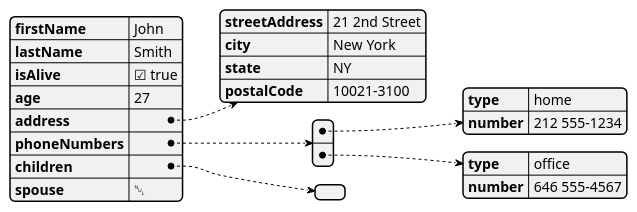
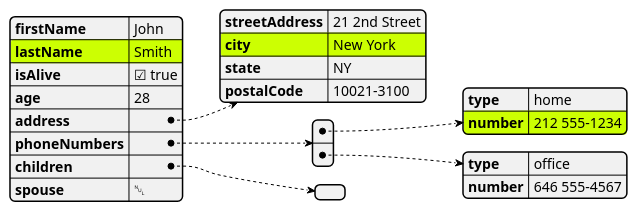
The sixth of 6 diagrams in content/en/document/introduction/plantuml.md (ez-connect/hugo-theme), drawn with PlantUML before and after one commit. The commit also changed other lines of this file and 16 other files, not shown here.

````diff
--- a/content/en/document/introduction/plantuml.md
+++ b/content/en/document/introduction/plantuml.md
@@ -233,30 +130,31 @@
 ```plantuml
 @startjson
-
+#highlight "lastName"
+#highlight "address" / "city"
+#highlight "phoneNumbers" / "0" / "number"
 {
-"firstName": "John",
-"lastName": "Smith",
-"isAlive": true,
-"age": 27,
-"address": {
-"streetAddress": "21 2nd Street",
-"city": "New York",
-"state": "NY",
-"postalCode": "10021-3100"
-},
-"phoneNumbers": [
-{
-"type": "home",
-"number": "212 555-1234"
-},
-{
-"type": "office",
-"number": "646 555-4567"
+  "firstName": "John",
+  "lastName": "Smith",
+  "isAlive": true,
+  "age": 28,
+  "address": {
+    "streetAddress": "21 2nd Street",
+    "city": "New York",
+    "state": "NY",
+    "postalCode": "10021-3100"
+  },
+  "phoneNumbers": [
+    {
+      "type": "home",
+      "number": "212 555-1234"
+    },
+    {
+      "type": "office",
+      "number": "646 555-4567"
+    }
+  ],
+  "children": [],
+  "spouse": null
 }
-],
-"children": [],
-"spouse": null
-}
-
 @endjson
 ```
````
